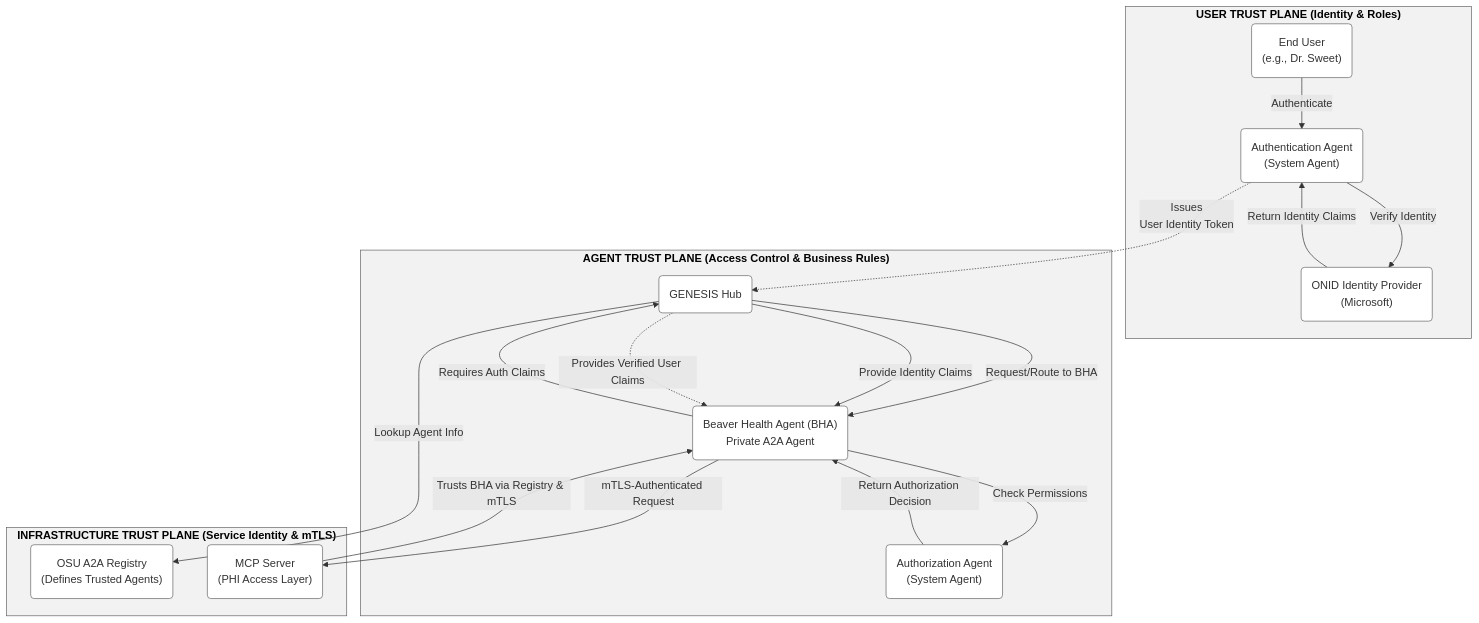
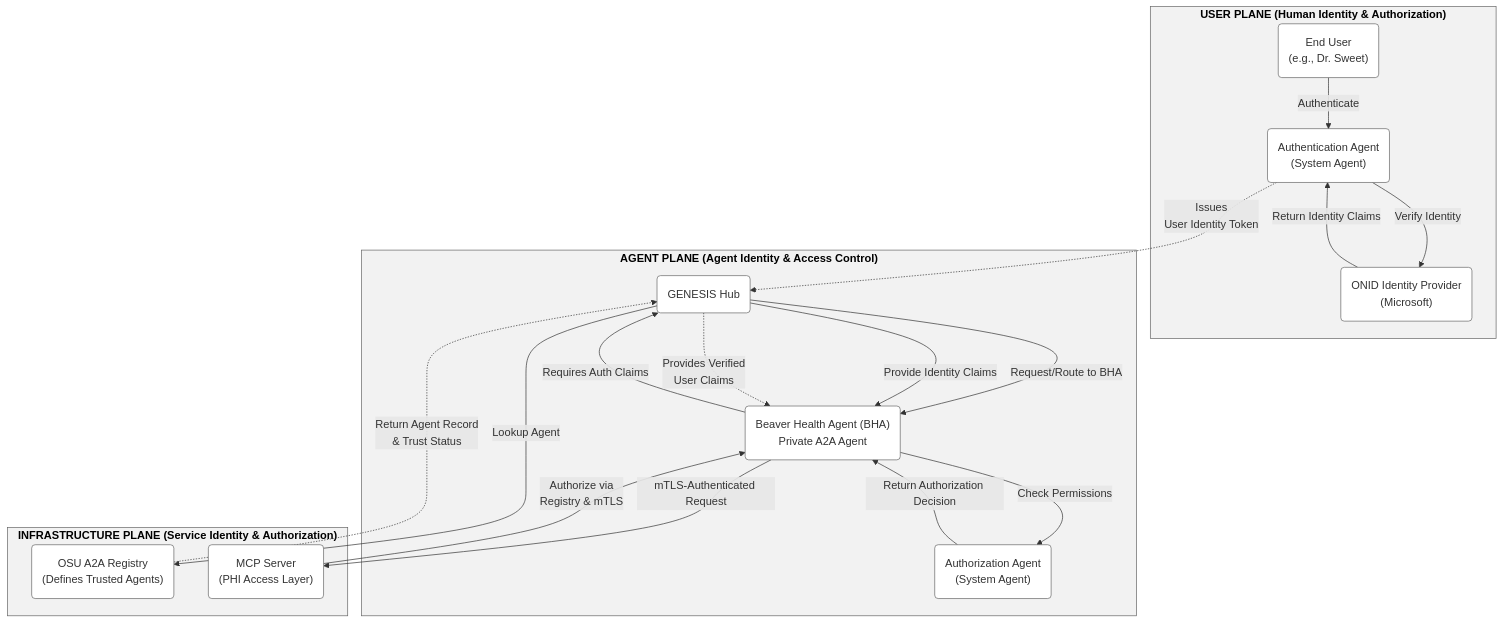
One commit to OpenBeavs/Cyrano-de-Bergerac-A2A-Secure changed the diagram in Architecture/trust-planes.md. Above: the diagram before and after it, drawn with Mermaid. The commit also changed other lines of this file, not shown here.

Commit message:
Revise trust-planes diagram: align labels with prose, add return flows
Diagram is now a living part of the document (no dating). Plane labels
match the document's terminology (User Plane, Agent Plane, Infrastructure
Plane). Parenthetical descriptions align with the two-question model
(identity + authorization). Added Registry return flow (dashed arrow)
to make Infrastructure-to-Agent context production visible.

````diff
--- a/Architecture/trust-planes.md
+++ b/Architecture/trust-planes.md
@@ -15,38 +15,39 @@
 ```mermaid
 flowchart TB
     classDef plane fill:#f2f2f2,stroke:#666,stroke-width:1px,color:#000,font-weight:bold
     classDef component fill:#ffffff,stroke:#666,stroke-width:1px
     
-    subgraph UserTrustPlane["USER TRUST PLANE (Identity & Roles)"]
+    subgraph UserPlane["USER PLANE (Human Identity & Authorization)"]
         User("End User<br/>(e.g., Dr. Sweet)"):::component
         AuthAgent("Authentication Agent<br/>(System Agent)"):::component
         ONID("ONID Identity Provider<br/>(Microsoft)"):::component
         User -->|"Authenticate"| AuthAgent
         AuthAgent -->|"Verify Identity"| ONID
         ONID -->|"Return Identity Claims"| AuthAgent
     end
     
-    subgraph AgentTrustPlane["AGENT TRUST PLANE (Access Control & Business Rules)"]
+    subgraph AgentPlane["AGENT PLANE (Agent Identity & Access Control)"]
         Hub("GENESIS Hub"):::component
         BHA("Beaver Health Agent (BHA)<br/>Private A2A Agent"):::component
         AuthzAgent("Authorization Agent<br/>(System Agent)"):::component
         Hub -->|"Request/Route to BHA"| BHA
         BHA -->|"Requires Auth Claims"| Hub
         Hub -->|"Provide Identity Claims"| BHA
         BHA -->|"Check Permissions"| AuthzAgent
         AuthzAgent -->|"Return Authorization Decision"| BHA
     end
     
-    subgraph InfraTrustPlane["INFRASTRUCTURE TRUST PLANE (Service Identity & mTLS)"]
+    subgraph InfraPlane["INFRASTRUCTURE PLANE (Service Identity & Authorization)"]
         Registry("OSU A2A Registry<br/>(Defines Trusted Agents)"):::component
         MCP("MCP Server<br/>(PHI Access Layer)"):::component
-        Hub -->|"Lookup Agent Info"| Registry
+        Hub -->|"Lookup Agent"| Registry
+        Registry -.->|"Return Agent Record<br/>& Trust Status"| Hub
         BHA -->|"mTLS-Authenticated Request"| MCP
-        MCP -->|"Trusts BHA via Registry & mTLS"| BHA
+        MCP -->|"Authorize via<br/>Registry & mTLS"| BHA
     end
     
     AuthAgent -.->|"Issues<br/>User Identity Token"| Hub
-    Hub -.->|"Provides Verified User Claims"| BHA
+    Hub -.->|"Provides Verified<br/>User Claims"| BHA
     
-    class UserTrustPlane,AgentTrustPlane,InfraTrustPlane plane
+    class UserPlane,AgentPlane,InfraPlane plane
 ```
````
